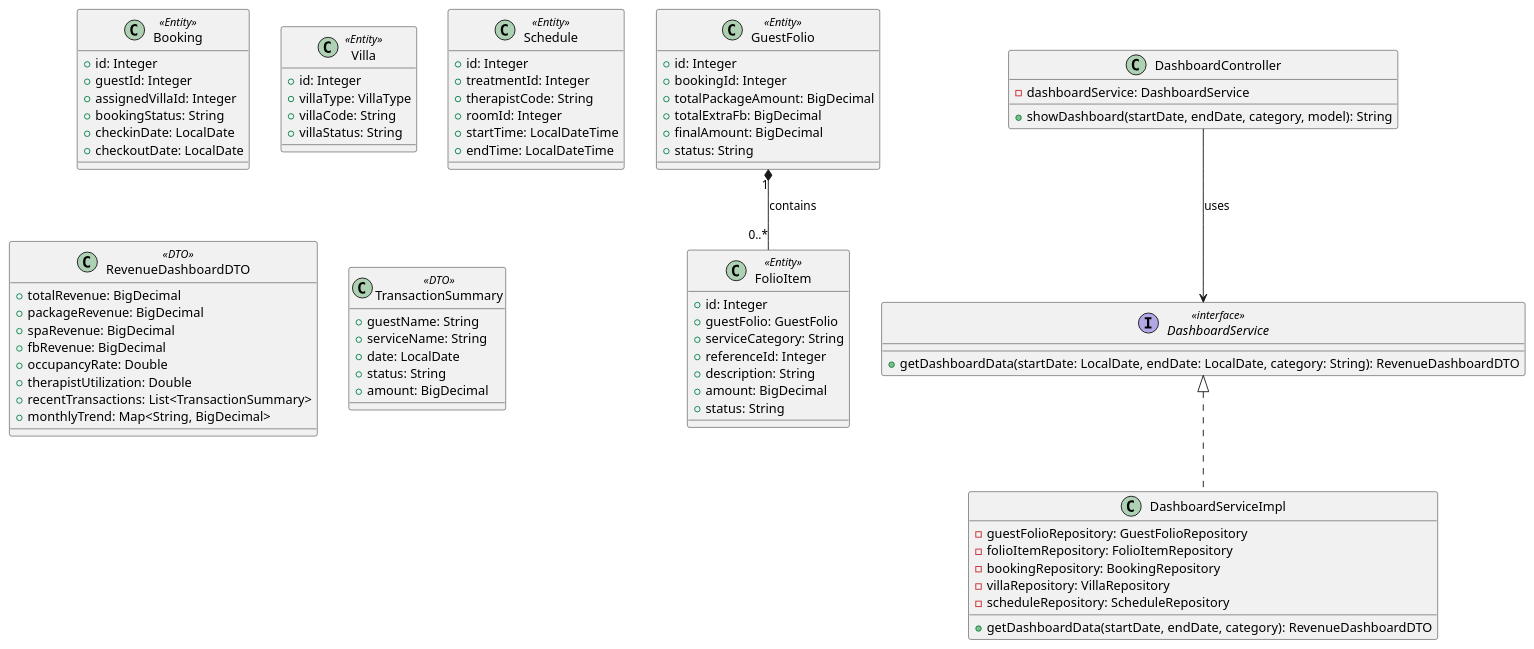
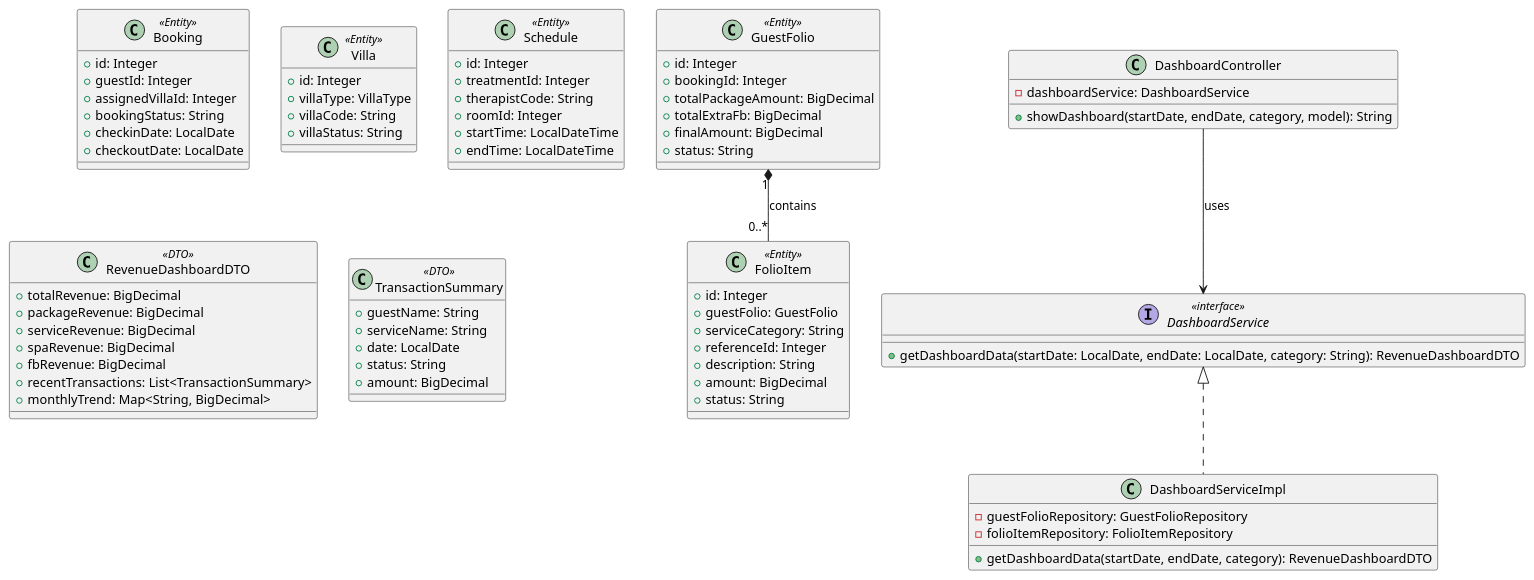
One commit to danhdac36/xoai-aura-retreat changed the first of 3 diagrams in 04_Implement/Module5/UC24/UC24_EDS_Dashboard.md. Above: the diagram before and after it, drawn with PlantUML. The commit also changed other lines of this file and 31 other files, not shown here.

```diff
--- a/04_Implement/Module5/UC24/UC24_EDS_Dashboard.md
+++ b/04_Implement/Module5/UC24/UC24_EDS_Dashboard.md
@@ -186,10 +186,9 @@
 class RevenueDashboardDTO <<DTO>> {
   +totalRevenue: BigDecimal
   +packageRevenue: BigDecimal
+  +serviceRevenue: BigDecimal
   +spaRevenue: BigDecimal
   +fbRevenue: BigDecimal
-  +occupancyRate: Double
-  +therapistUtilization: Double
   +recentTransactions: List<TransactionSummary>
   +monthlyTrend: Map<String, BigDecimal>
 }
@@ -211,9 +210,6 @@
 class DashboardServiceImpl {
   -guestFolioRepository: GuestFolioRepository
   -folioItemRepository: FolioItemRepository
-  -bookingRepository: BookingRepository
-  -villaRepository: VillaRepository
-  -scheduleRepository: ScheduleRepository
   +getDashboardData(startDate, endDate, category): RevenueDashboardDTO
 }
 
```
